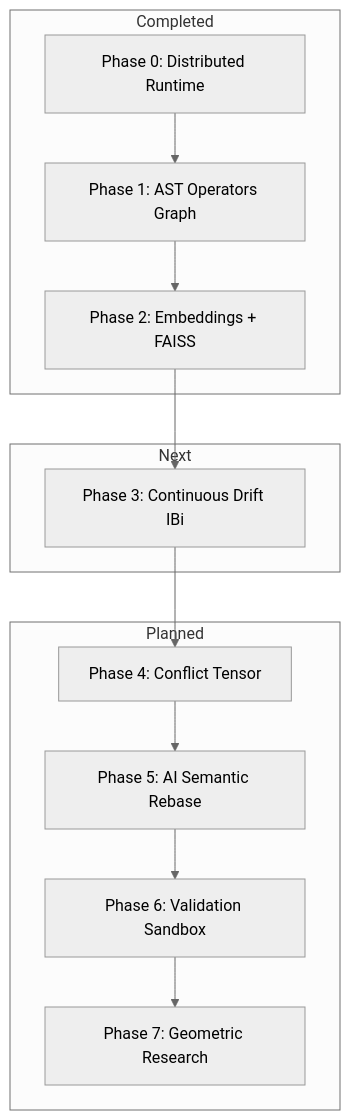
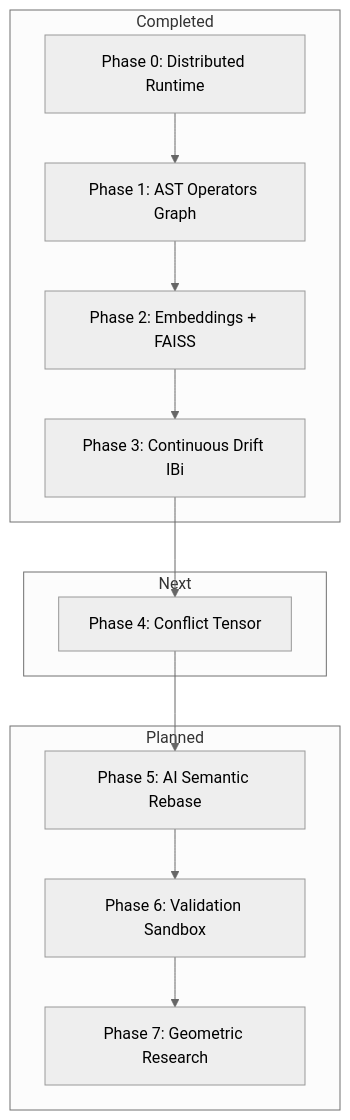
One commit to Sarthak2233/GDSS changed the second of 5 diagrams in README.md. Above: the diagram before and after it, drawn with Mermaid (neutral theme). The commit also changed other lines of this file and 107 other files, not shown here.

````diff
--- a/README.md
+++ b/README.md
@@ -249,27 +261,27 @@
 ```mermaid
 graph TD
     subgraph Done["Completed"]
         P0["Phase 0: Distributed Runtime"]
         P1["Phase 1: AST Operators Graph"]
         P2["Phase 2: Embeddings + FAISS"]
+        P3["Phase 3: Continuous Drift IBi"]
     end
 
     subgraph Next["Next"]
-        P3["Phase 3: Continuous Drift IBi"]
+        P4["Phase 4: Conflict Tensor"]
     end
 
     subgraph Future["Planned"]
-        P4["Phase 4: Conflict Tensor"]
         P5["Phase 5: AI Semantic Rebase"]
         P6["Phase 6: Validation Sandbox"]
         P7["Phase 7: Geometric Research"]
     end
 
     P0 --> P1
     P1 --> P2
     P2 --> P3
     P3 --> P4
     P4 --> P5
     P5 --> P6
     P6 --> P7
 ```
````
